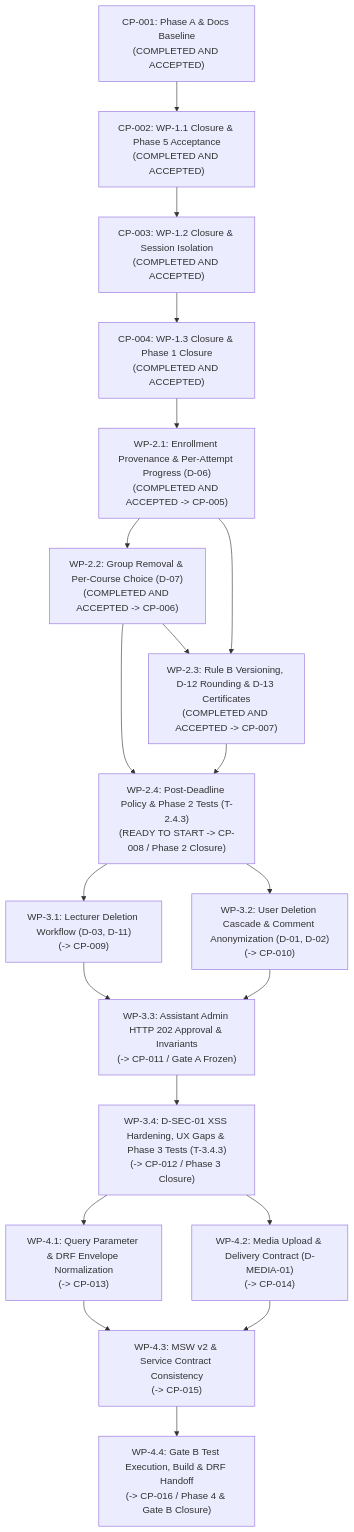
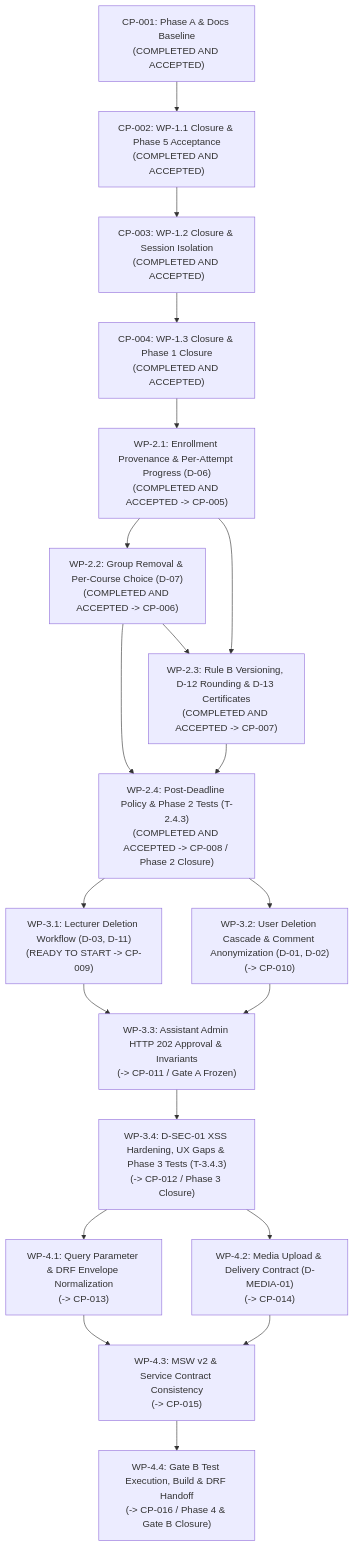
One commit to Motaweh22/MetroLMS changed the diagram in docs/project-state/active-roadmap.md. Above: the diagram before and after it, drawn with Mermaid. The commit also changed other lines of this file and 134 other files, not shown here.

````diff
--- a/docs/project-state/active-roadmap.md
+++ b/docs/project-state/active-roadmap.md
@@ -433,25 +433,25 @@
 ```mermaid
 flowchart TD
     CP001["CP-001: Phase A & Docs Baseline<br/>(COMPLETED AND ACCEPTED)"] --> CP002["CP-002: WP-1.1 Closure & Phase 5 Acceptance<br/>(COMPLETED AND ACCEPTED)"]
     CP002 --> CP003["CP-003: WP-1.2 Closure & Session Isolation<br/>(COMPLETED AND ACCEPTED)"]
     CP003 --> CP004["CP-004: WP-1.3 Closure & Phase 1 Closure<br/>(COMPLETED AND ACCEPTED)"]
 
     CP004 --> WP21["WP-2.1: Enrollment Provenance & Per-Attempt Progress (D-06)<br/>(COMPLETED AND ACCEPTED -> CP-005)"]
     WP21 --> WP22["WP-2.2: Group Removal & Per-Course Choice (D-07)<br/>(COMPLETED AND ACCEPTED -> CP-006)"]
     WP22 --> WP23["WP-2.3: Rule B Versioning, D-12 Rounding & D-13 Certificates<br/>(COMPLETED AND ACCEPTED -> CP-007)"]
     WP21 --> WP23
-    WP22 --> WP24["WP-2.4: Post-Deadline Policy & Phase 2 Tests (T-2.4.3)<br/>(READY TO START -> CP-008 / Phase 2 Closure)"]
+    WP22 --> WP24["WP-2.4: Post-Deadline Policy & Phase 2 Tests (T-2.4.3)<br/>(COMPLETED AND ACCEPTED -> CP-008 / Phase 2 Closure)"]
     WP23 --> WP24
 
-    WP24 --> WP31["WP-3.1: Lecturer Deletion Workflow (D-03, D-11)<br/>(-> CP-009)"]
+    WP24 --> WP31["WP-3.1: Lecturer Deletion Workflow (D-03, D-11)<br/>(READY TO START -> CP-009)"]
     WP24 --> WP32["WP-3.2: User Deletion Cascade & Comment Anonymization (D-01, D-02)<br/>(-> CP-010)"]
     WP31 --> WP33["WP-3.3: Assistant Admin HTTP 202 Approval & Invariants<br/>(-> CP-011 / Gate A Frozen)"]
     WP32 --> WP33
     WP33 --> WP34["WP-3.4: D-SEC-01 XSS Hardening, UX Gaps & Phase 3 Tests (T-3.4.3)<br/>(-> CP-012 / Phase 3 Closure)"]
 
     WP34 --> WP41["WP-4.1: Query Parameter & DRF Envelope Normalization<br/>(-> CP-013)"]
     WP34 --> WP42["WP-4.2: Media Upload & Delivery Contract (D-MEDIA-01)<br/>(-> CP-014)"]
     WP41 --> WP43["WP-4.3: MSW v2 & Service Contract Consistency<br/>(-> CP-015)"]
     WP42 --> WP43
     WP43 --> WP44["WP-4.4: Gate B Test Execution, Build & DRF Handoff<br/>(-> CP-016 / Phase 4 & Gate B Closure)"]
 ```
````
